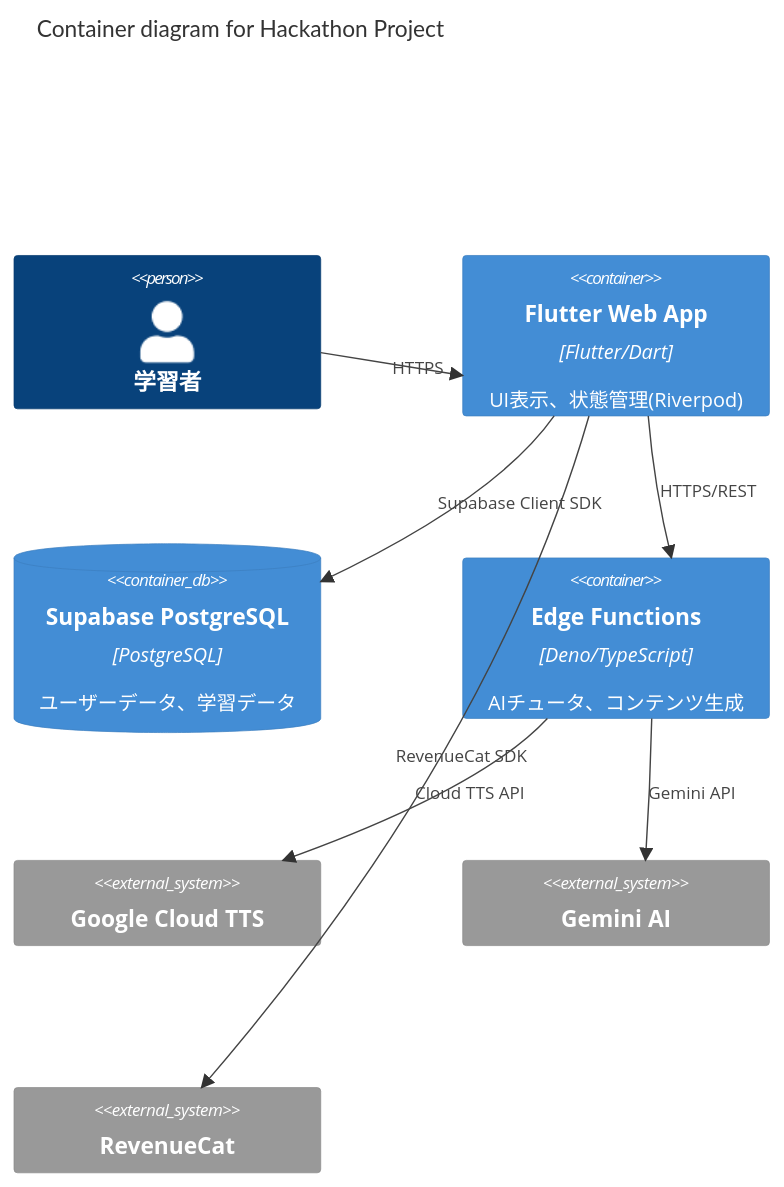
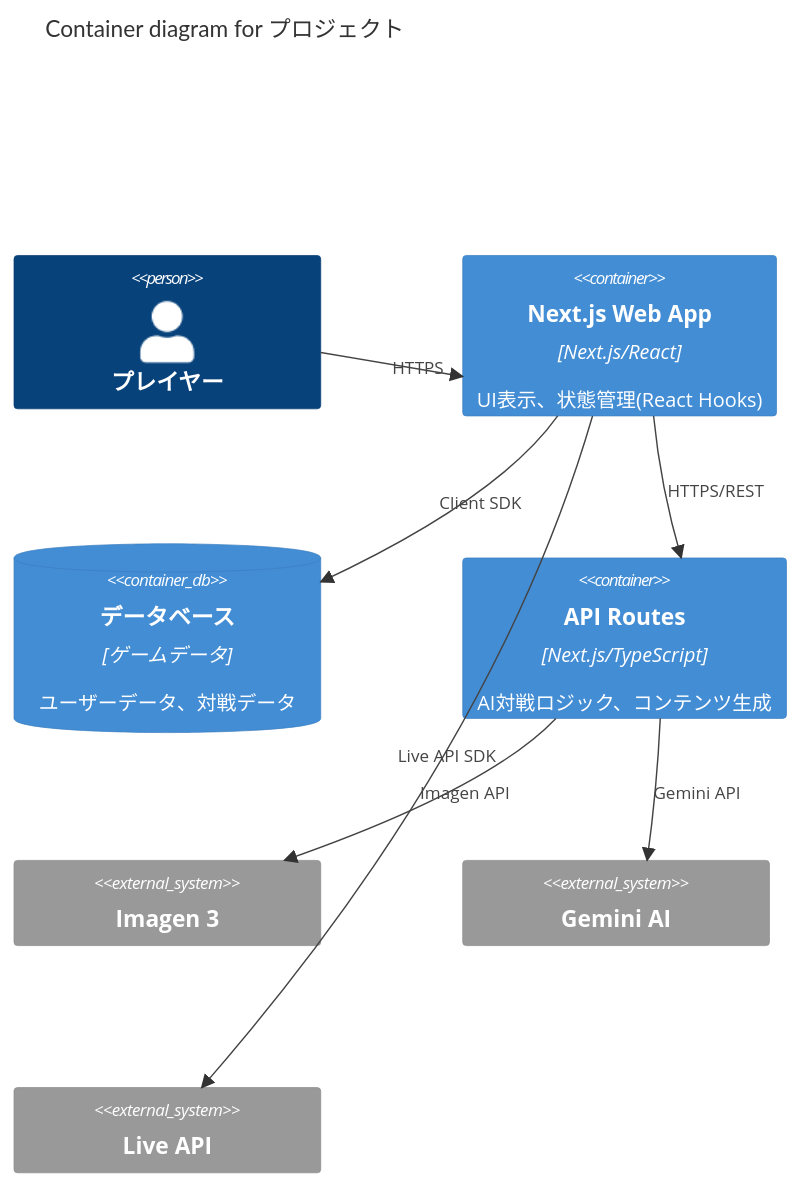
One commit to buddypia/kaiju-voice changed the fourth of 9 diagrams in .claude/skills/system-designer/references/mermaid-c4-patterns.md. Above: the diagram before and after it, drawn with Mermaid. The commit also changed other lines of this file and 353 other files, not shown here.

Commit message:
chore: clean up legacy project references and rename to Hackathon Project

````diff
--- a/.claude/skills/system-designer/references/mermaid-c4-patterns.md
+++ b/.claude/skills/system-designer/references/mermaid-c4-patterns.md
@@ -117,21 +117,21 @@
 ```mermaid
 C4Container
-  title Container diagram for Hackathon Project
+  title Container diagram for プロジェクト
 
-  Person(learner, "学習者")
+  Person(player, "プレイヤー")
 
-  Container(webapp, "Flutter Web App", "Flutter/Dart", "UI表示、状態管理(Riverpod)")
-  ContainerDb(db, "Supabase PostgreSQL", "PostgreSQL", "ユーザーデータ、学習データ")
-  Container(edgeFn, "Edge Functions", "Deno/TypeScript", "AIチュータ、コンテンツ生成")
+  Container(webapp, "Next.js Web App", "Next.js/React", "UI表示、状態管理(React Hooks)")
+  ContainerDb(db, "データベース", "ゲームデータ", "ユーザーデータ、対戦データ")
+  Container(apiRoutes, "API Routes", "Next.js/TypeScript", "AI対戦ロジック、コンテンツ生成")
 
-  System_Ext(googleTTS, "Google Cloud TTS")
+  System_Ext(imagen3, "Imagen 3")
   System_Ext(geminiAI, "Gemini AI")
-  System_Ext(revenueCat, "RevenueCat")
+  System_Ext(liveAPI, "Live API")
 
-  Rel(learner, webapp, "HTTPS")
-  Rel(webapp, db, "Supabase Client SDK")
-  Rel(webapp, edgeFn, "HTTPS/REST")
-  Rel(edgeFn, geminiAI, "Gemini API")
-  Rel(edgeFn, googleTTS, "Cloud TTS API")
-  Rel(webapp, revenueCat, "RevenueCat SDK")
+  Rel(player, webapp, "HTTPS")
+  Rel(webapp, db, "Client SDK")
+  Rel(webapp, apiRoutes, "HTTPS/REST")
+  Rel(apiRoutes, geminiAI, "Gemini API")
+  Rel(apiRoutes, imagen3, "Imagen API")
+  Rel(webapp, liveAPI, "Live API SDK")
 ```
````
